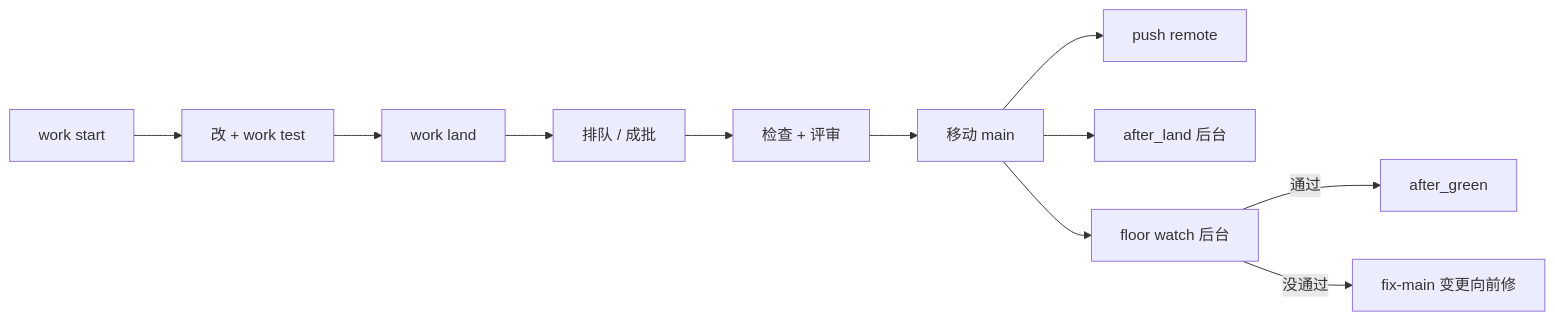
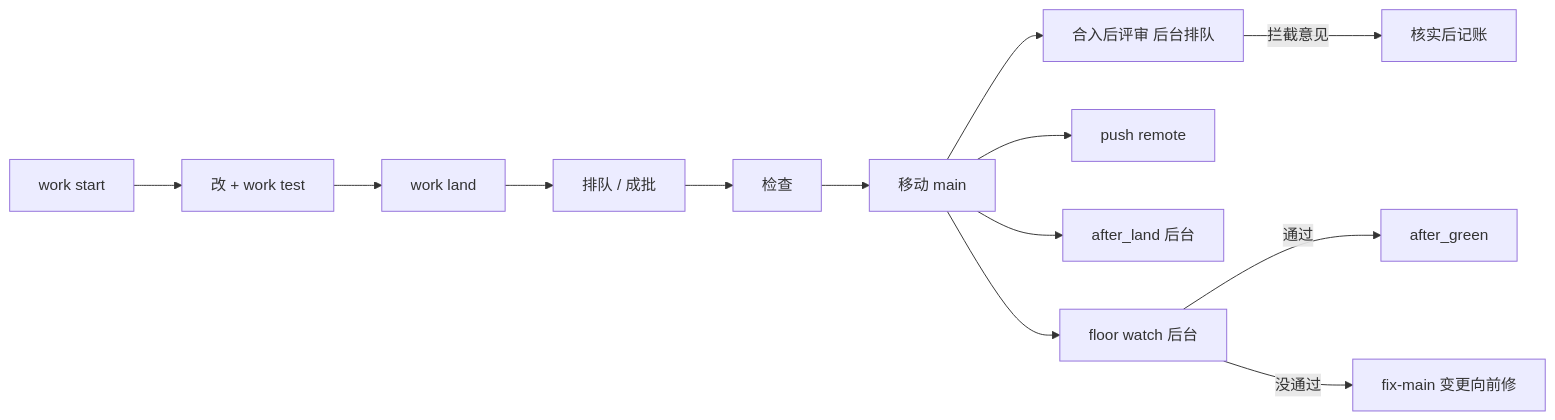
Before and after one commit to daniel1zz/canon: the diagram in canon/architecture.md, drawn with Mermaid. The commit also changed other lines of this file and 74 other files, not shown here.

````diff
--- a/canon/architecture.md
+++ b/canon/architecture.md
@@ -83,11 +83,12 @@
 ```mermaid
 flowchart LR
   A[work start] --> B[改 + work test] --> C[work land]
   C --> D[排队 / 成批]
-  D --> E[检查 + 评审]
+  D --> E[检查]
   E --> F[移动 main]
+  F --> L[合入后评审 后台排队] -->|拦截意见| M[核实后记账]
   F --> G[push remote]
   F --> H[after_land 后台]
   F --> I[floor watch 后台] -->|通过| J[after_green]
   I -->|没通过| K[fix-main 变更向前修]
 ```
````
